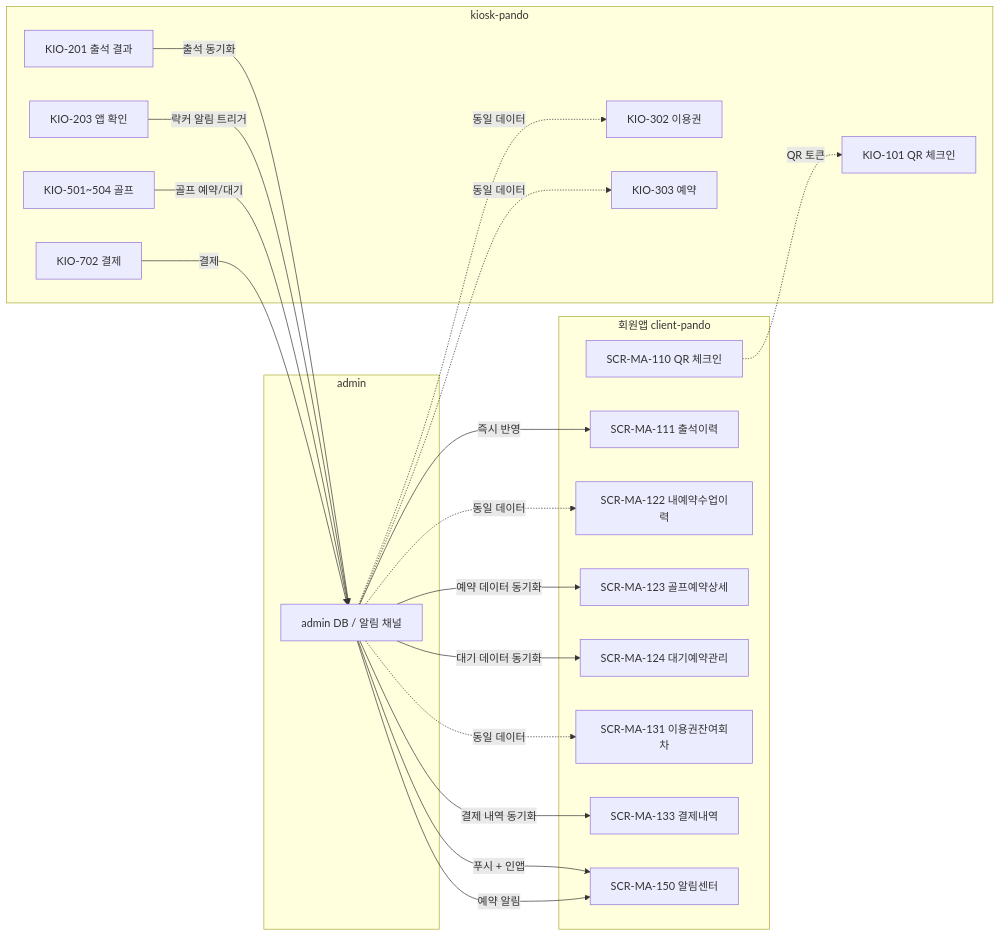
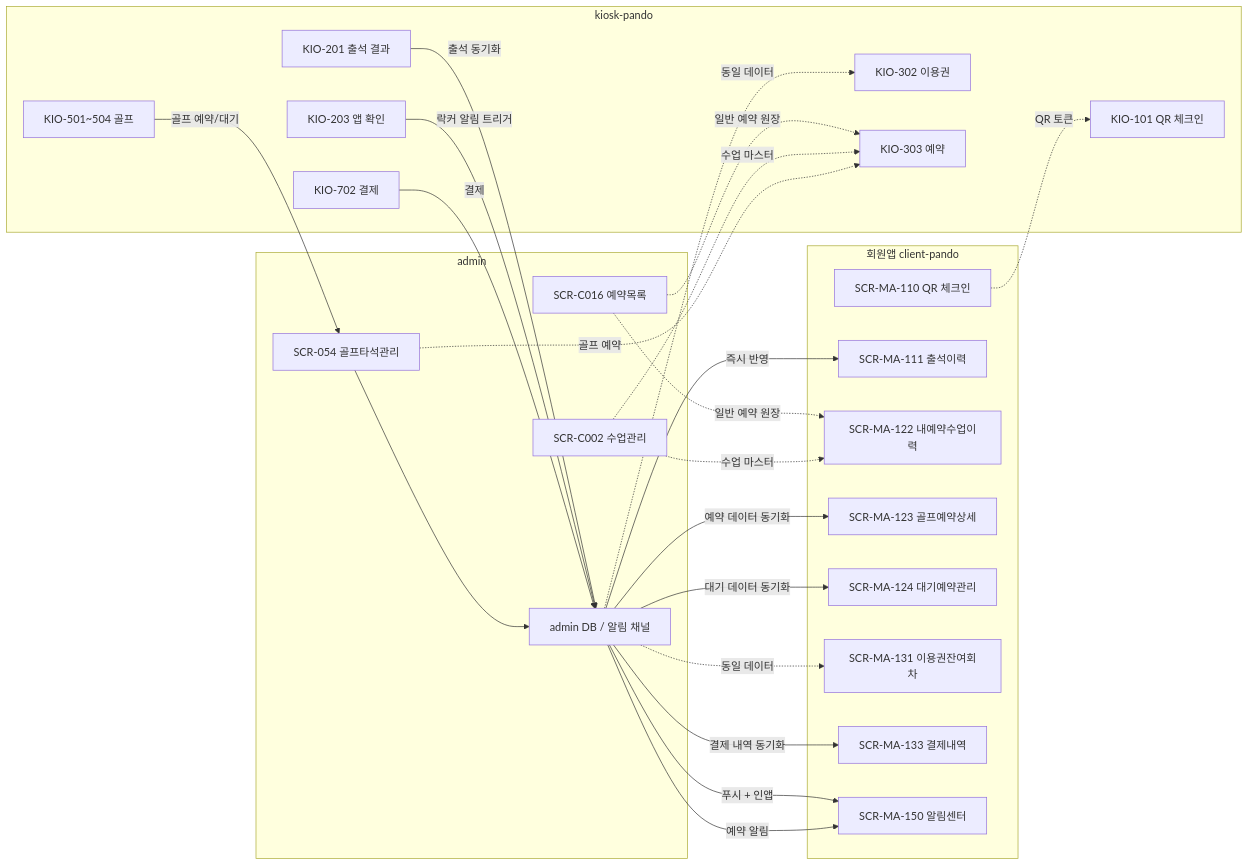
One commit to dev-spogym/admin-pando changed the first of 6 diagrams in docs/kiosk/다이어그램/70_client_연동/70_client_qr_알림.md. Above: the diagram before and after it, drawn with Mermaid. The commit also changed 20 other files, not shown here.

````diff
--- a/docs/kiosk/다이어그램/70_client_연동/70_client_qr_알림.md
+++ b/docs/kiosk/다이어그램/70_client_연동/70_client_qr_알림.md
@@ -8,51 +8,58 @@
 ```mermaid
 flowchart LR
     subgraph clientapp[회원앱 client-pando]
         C110[SCR-MA-110 QR 체크인]
         C111[SCR-MA-111 출석이력]
         C122[SCR-MA-122 내예약수업이력]
         C123[SCR-MA-123 골프예약상세]
         C124[SCR-MA-124 대기예약관리]
         C131[SCR-MA-131 이용권잔여회차]
         C133[SCR-MA-133 결제내역]
         C150[SCR-MA-150 알림센터]
     end
 
     subgraph kiosk[kiosk-pando]
         K101[KIO-101 QR 체크인]
         K201[KIO-201 출석 결과]
         K203[KIO-203 앱 확인]
         K302[KIO-302 이용권]
         K303[KIO-303 예약]
         K501[KIO-501~504 골프]
         K702[KIO-702 결제]
     end
 
     subgraph admin[admin]
         A[admin DB / 알림 채널]
+        C02[SCR-C002 수업관리]
+        C16[SCR-C016 예약목록]
+        G54[SCR-054 골프타석관리]
     end
 
     %% 회원앱 → 키오스크 (QR)
     C110 -.QR 토큰.-> K101
 
     %% 키오스크 → 회원앱 (admin 경유)
     K201 -->|출석 동기화| A
     A -->|즉시 반영| C111
 
     K203 -->|락커 알림 트리거| A
     A -->|푸시 + 인앱| C150
 
-    K501 -->|골프 예약/대기| A
+    K501 -->|골프 예약/대기| G54
+    G54 --> A
     A -->|예약 알림| C150
     A -->|예약 데이터 동기화| C123
     A -->|대기 데이터 동기화| C124
 
     K702 -->|결제| A
     A -->|결제 내역 동기화| C133
 
     %% 같은 데이터 다른 UX
     A -.동일 데이터.-> K302
     A -.동일 데이터.-> C131
-    A -.동일 데이터.-> K303
-    A -.동일 데이터.-> C122
+    C16 -.일반 예약 원장.-> K303
+    C02 -.수업 마스터.-> K303
+    C16 -.일반 예약 원장.-> C122
+    C02 -.수업 마스터.-> C122
+    G54 -.골프 예약.-> K303
 ```
````
